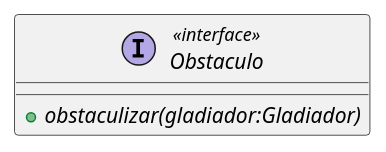
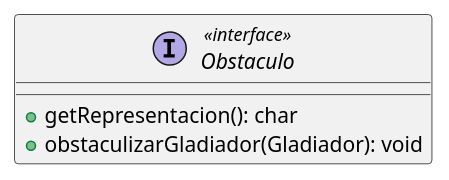
Before and after one commit to mcumskov/Algo3_tp2: the diagram in diagrams/clases/casilla/interfaz_obstaculo.plantuml, drawn with PlantUML. The commit also changed 25 other files, not shown here.

Commit message:
actualizo mas diagramas

```diff
--- a/diagrams/clases/casilla/interfaz_obstaculo.plantuml
+++ b/diagrams/clases/casilla/interfaz_obstaculo.plantuml
@@ -1,5 +1,9 @@
 @startuml
-interface Obstaculo <<interface>> {
-    {abstract} + obstaculizar(gladiador:Gladiador)
+skinparam linetype ortho
+
+interface Obstaculo << interface >> {
+  + getRepresentacion(): char
+  + obstaculizarGladiador(Gladiador): void
 }
+
 @enduml
```
